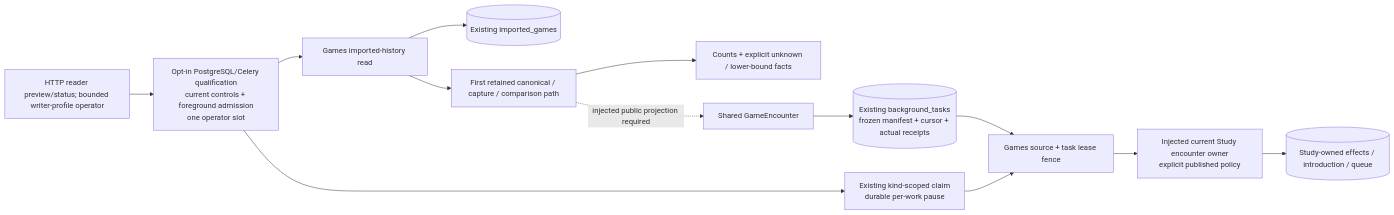
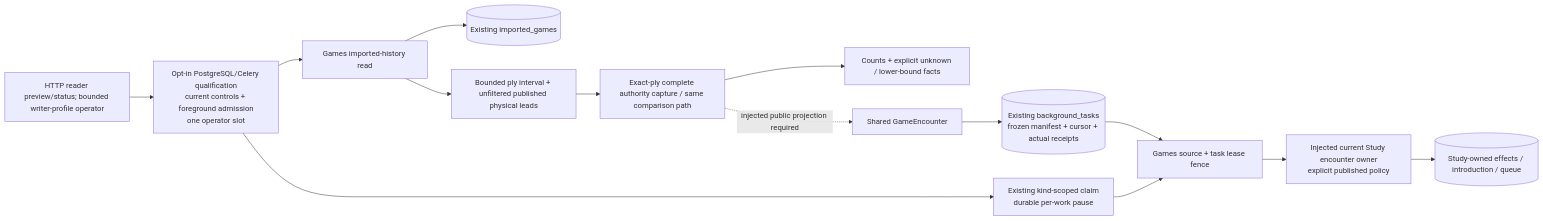
Before and after one commit to aaweaver-actuary/tempo: the diagram in docs/product-v02/game-history/README.md, drawn with Mermaid. The commit also changed other lines of this file and 9 other files, not shown here.

Commit message:
fix(games): discover bounded exact history plies before authority capture

````diff
--- a/docs/product-v02/game-history/README.md
+++ b/docs/product-v02/game-history/README.md
@@ -93,15 +126,16 @@
 ```mermaid
 flowchart LR
   Operator["HTTP reader preview/status; bounded writer-profile operator"] --> Guard["Opt-in PostgreSQL/Celery qualification\ncurrent controls + foreground admission\none operator slot"]
   Guard --> Read["Games imported-history read"]
   Read --> Existing[("Existing imported_games")]
-  Read --> First["First retained canonical / capture / comparison path"]
+  Read --> Select["Bounded ply interval + unfiltered published physical leads"]
+  Select --> First["Exact-ply complete authority capture / same comparison path"]
   First --> Preview["Counts + explicit unknown / lower-bound facts"]
   First -. "injected public projection required" .-> Encounter["Shared GameEncounter"]
   Encounter --> Task[("Existing background_tasks\nfrozen manifest + cursor + actual receipts")]
   Task --> Fence["Games source + task lease fence"]
   Guard --> Claim["Existing kind-scoped claim\ndurable per-work pause"]
   Claim --> Fence
   Fence --> Owner["Injected current Study encounter owner\nexplicit published policy"]
   Owner --> Study[("Study-owned effects / introduction / queue")]
 ```
````
